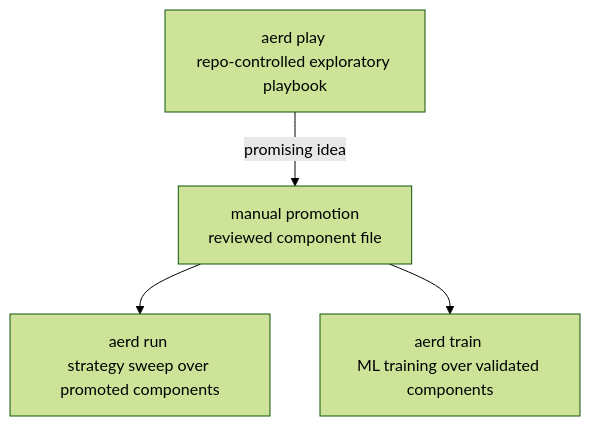
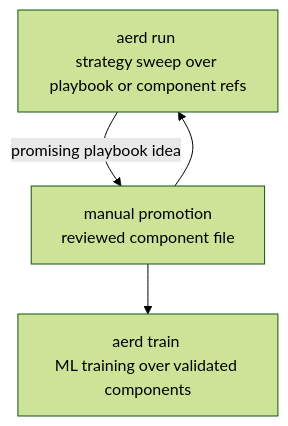
Before and after one commit to madebymlai/aegis: the diagram in docs/brainstorms/2026-05-18-research-playbook-component-workflow-requirements.md, drawn with Mermaid (forest theme). The commit also changed other lines of this file and 38 other files, not shown here.

````diff
--- a/docs/brainstorms/2026-05-18-research-playbook-component-workflow-requirements.md
+++ b/docs/brainstorms/2026-05-18-research-playbook-component-workflow-requirements.md
@@ -20,11 +20,10 @@
 ```mermaid
 flowchart TB
-    Play["aerd play <config>\nrepo-controlled exploratory playbook"]
+    Run["aerd run <config>\nstrategy sweep over playbook or component refs"]
     Promote["manual promotion\nreviewed component file"]
-    Run["aerd run <config>\nstrategy sweep over promoted components"]
     Train["aerd train <config>\nML training over validated components"]
 
-    Play -->|promising idea| Promote
+    Run -->|promising playbook idea| Promote
     Promote --> Run
     Promote --> Train
 ```
````
